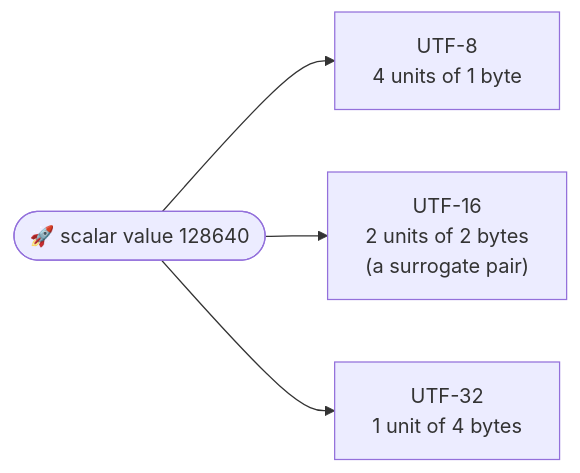
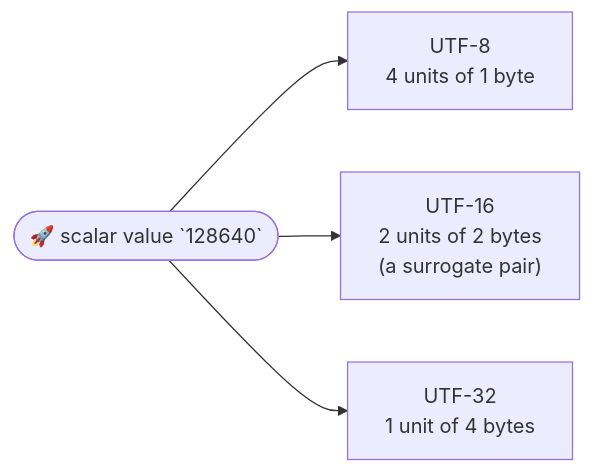
One commit to rux-lang/Web changed the diagram in content/docs/1.learn/14.text/02.encoding.md. Above: the diagram before and after it, drawn with Mermaid. The commit also changed 187 other files, not shown here.

First line of the commit message:
Draw the Learn diagrams for phones, with code in the mono face

````diff
--- a/content/docs/1.learn/14.text/02.encoding.md
+++ b/content/docs/1.learn/14.text/02.encoding.md
@@ -61,6 +61,6 @@
 ```mermaid
 flowchart LR
-    r(["🚀 scalar value 128640"]) --> u8["UTF-8<br/>4 units of 1 byte"]
+    r(["🚀 scalar value `128640`"]) --> u8["UTF-8<br/>4 units of 1 byte"]
     r --> u16["UTF-16<br/>2 units of 2 bytes<br/>(a surrogate pair)"]
     r --> u32["UTF-32<br/>1 unit of 4 bytes"]
 ```
````
